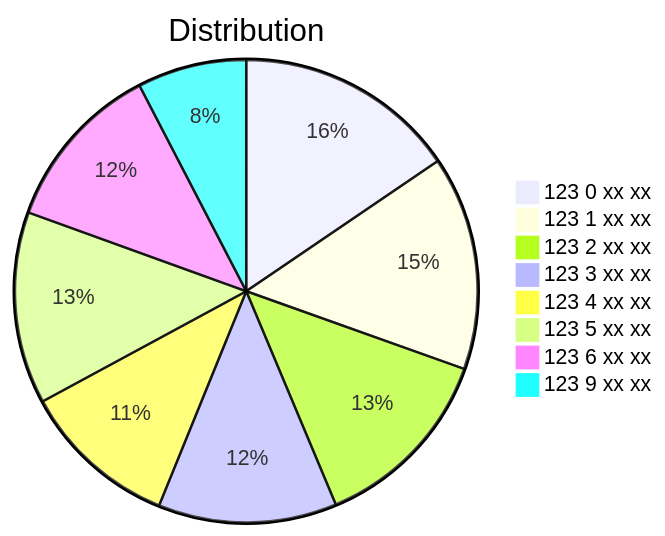
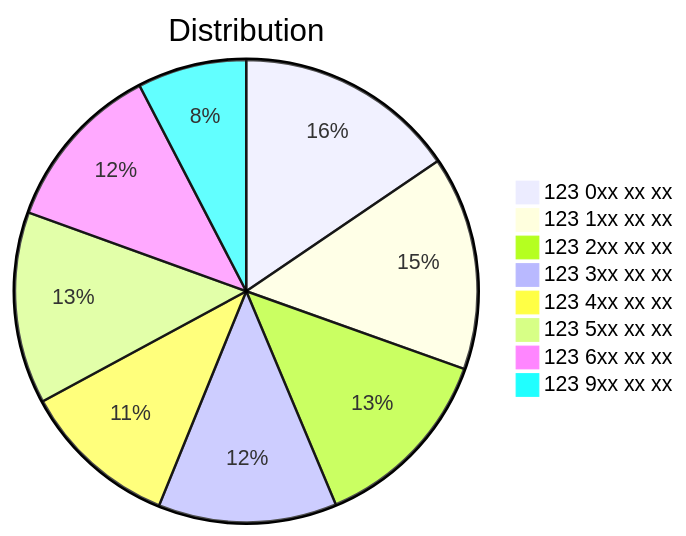
The diagram in README.md (cisene/swish-123), drawn with Mermaid before and after one commit. The commit also changed 4 other files, not shown here.

````diff
--- a/README.md
+++ b/README.md
@@ -31,11 +31,11 @@
 ```mermaid
 pie title Distribution
-    "123 0 xx xx" : 877
-    "123 1 xx xx" : 846
-    "123 2 xx xx" : 748
-    "123 3 xx xx" : 706
-    "123 4 xx xx" : 620
-    "123 5 xx xx" : 759
-    "123 6 xx xx" : 671
-    "123 9 xx xx" : 431
+    "123 0xx xx xx" : 877
+    "123 1xx xx xx" : 846
+    "123 2xx xx xx" : 748
+    "123 3xx xx xx" : 706
+    "123 4xx xx xx" : 620
+    "123 5xx xx xx" : 759
+    "123 6xx xx xx" : 671
+    "123 9xx xx xx" : 431
 ```
````
